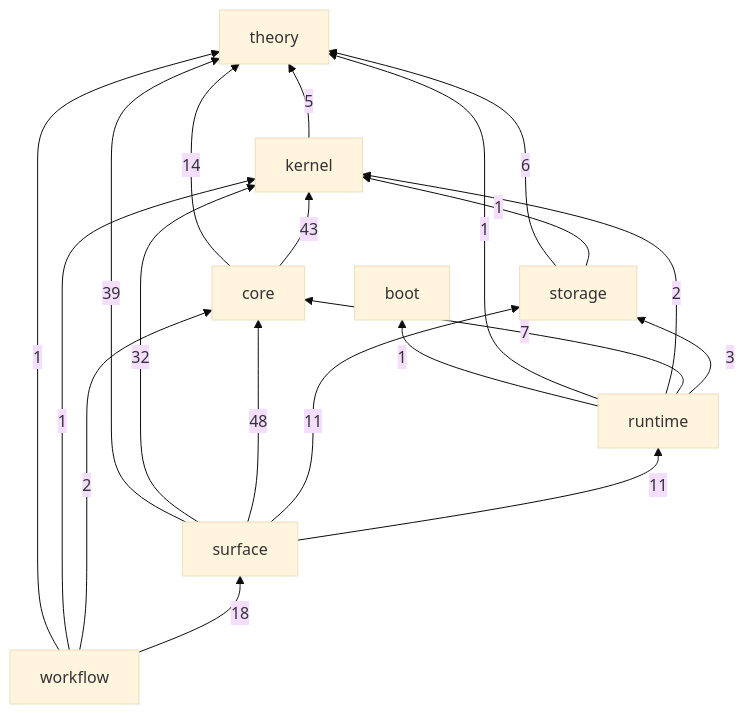
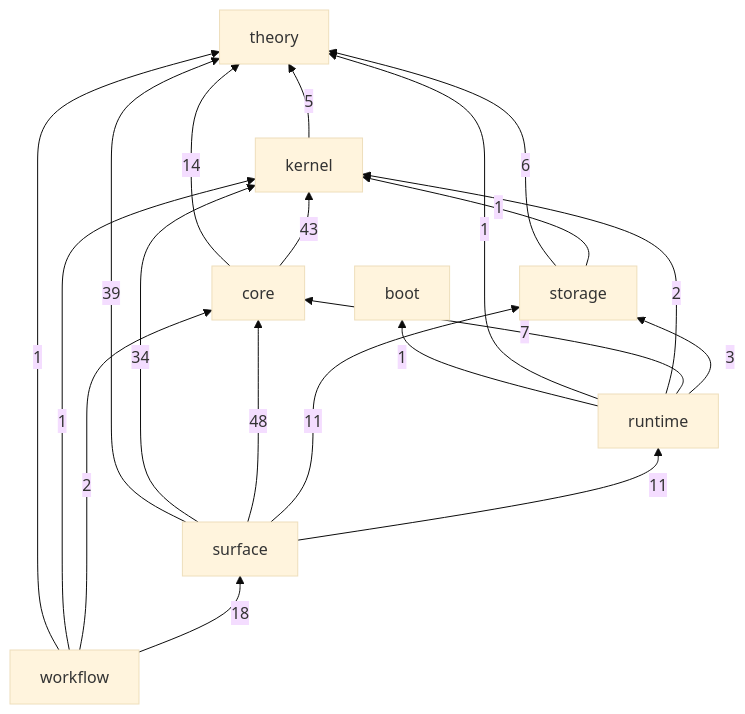
Before and after one commit to gandr-lang/gandr: the first of 2 diagrams in crates/README.md, drawn with Mermaid (base theme). The commit also changed 2 other files, not shown here.

Commit message:
fix(repo): the kept block's first position and the crate map agree
The first position of a kept block stays a `Maybe` through the loop, so
the function calls no function value and matches no `Option`. The crate
map names the two new edges to `gandr-kernel-data`.

````diff
--- a/crates/README.md
+++ b/crates/README.md
@@ -28,30 +28,30 @@
 ```mermaid
 flowchart BT
   boot
   theory
   kernel
   core
   storage
   runtime
   surface
   workflow
   kernel -->|5| theory
   core -->|14| theory
   core -->|43| kernel
   storage -->|6| theory
   storage -->|1| kernel
   runtime -->|1| boot
   runtime -->|1| theory
   runtime -->|2| kernel
   runtime -->|7| core
   runtime -->|3| storage
   surface -->|39| theory
-  surface -->|32| kernel
+  surface -->|34| kernel
   surface -->|48| core
   surface -->|11| storage
   surface -->|11| runtime
   workflow -->|1| theory
   workflow -->|1| kernel
   workflow -->|2| core
   workflow -->|18| surface
 ```
````
